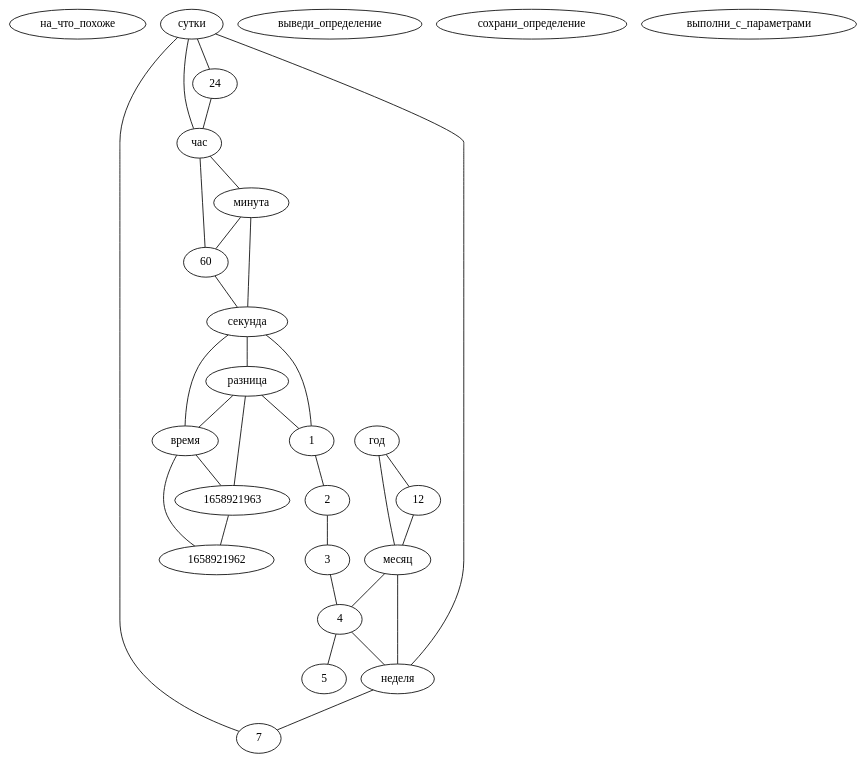
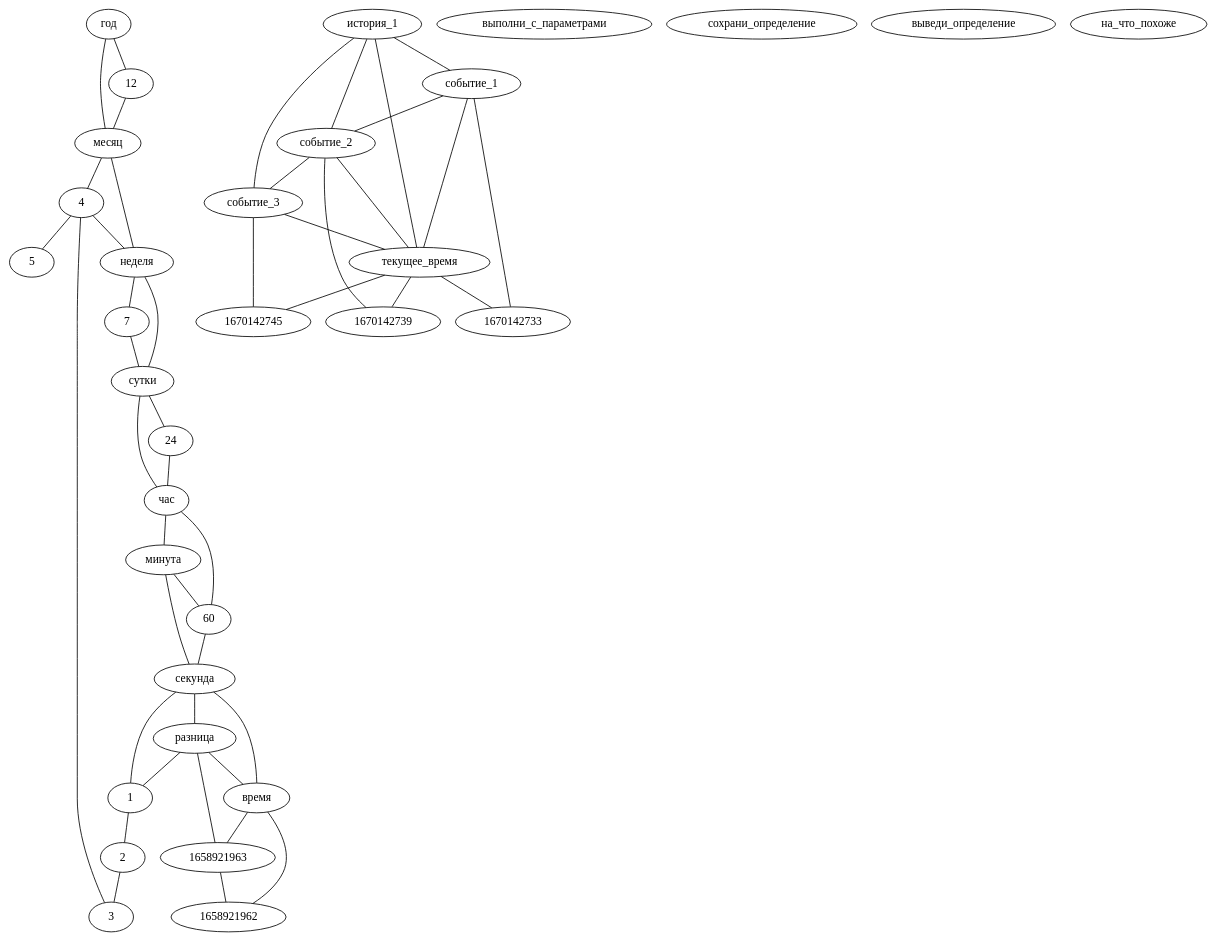
One commit to LeonovEvgenii/AGI changed the diagram in graphs/global_graph.dot. Above: the diagram before and after it, drawn with Graphviz. The commit also changed 11 other files, not shown here.

```diff
--- a/graphs/global_graph.dot
+++ b/graphs/global_graph.dot
@@ -1,56 +1,79 @@
 strict graph G {
+"месяц"
+"секунда"
+"3"
+"минута"
+"1670142733"
+"5"
+"час"
+"1670142745"
+"2"
+"выполни_с_параметрами"
+"24"
+"12"
+"история_1"
+"текущее_время"
+"1"
+"1670142739"
+"год"
+"60"
+"сохрани_определение"
+"7"
+"1658921962"
+"1658921963"
+"время"
+"4"
+"разница"
+"неделя"
+"выведи_определение"
+"событие_3"
 "на_что_похоже"
+"событие_1"
+"событие_2"
 "сутки"
-"час"
-"2"
-"12"
-"1658921963"
-"год"
-"разница"
-"1658921962"
-"время"
-"минута"
-"месяц"
-"неделя"
-"5"
-"7"
-"24"
-"выведи_определение"
-"1"
-"сохрани_определение"
-"выполни_с_параметрами"
-"3"
-"4"
-"60"
-"секунда"
 "1" -- "2"
 "время" -- "1658921962"
 "время" -- "1658921963"
 "разница" -- "1"
 "разница" -- "1658921963"
 "1658921963" -- "1658921962"
 "секунда" -- "1"
 "секунда" -- "разница"
 "секунда" -- "время"
 "разница" -- "время"
 "2" -- "3"
 "3" -- "4"
 "4" -- "5"
 "минута" -- "60"
 "минута" -- "секунда"
 "60" -- "секунда"
 "час" -- "60"
 "час" -- "минута"
 "сутки" -- "24"
 "сутки" -- "час"
 "24" -- "час"
 "неделя" -- "7"
 "неделя" -- "сутки"
 "7" -- "сутки"
 "месяц" -- "4"
 "месяц" -- "неделя"
 "4" -- "неделя"
 "год" -- "12"
 "год" -- "месяц"
 "12" -- "месяц"
+"событие_1" -- "1670142733"
+"текущее_время" -- "1670142733"
+"событие_1" -- "текущее_время"
+"событие_2" -- "1670142739"
+"текущее_время" -- "1670142739"
+"событие_2" -- "текущее_время"
+"событие_3" -- "1670142745"
+"текущее_время" -- "1670142745"
+"событие_3" -- "текущее_время"
+"история_1" -- "событие_1"
+"история_1" -- "событие_2"
+"история_1" -- "событие_3"
+"событие_1" -- "событие_2"
+"событие_2" -- "событие_3"
+"история_1" -- "текущее_время"
 }
```
